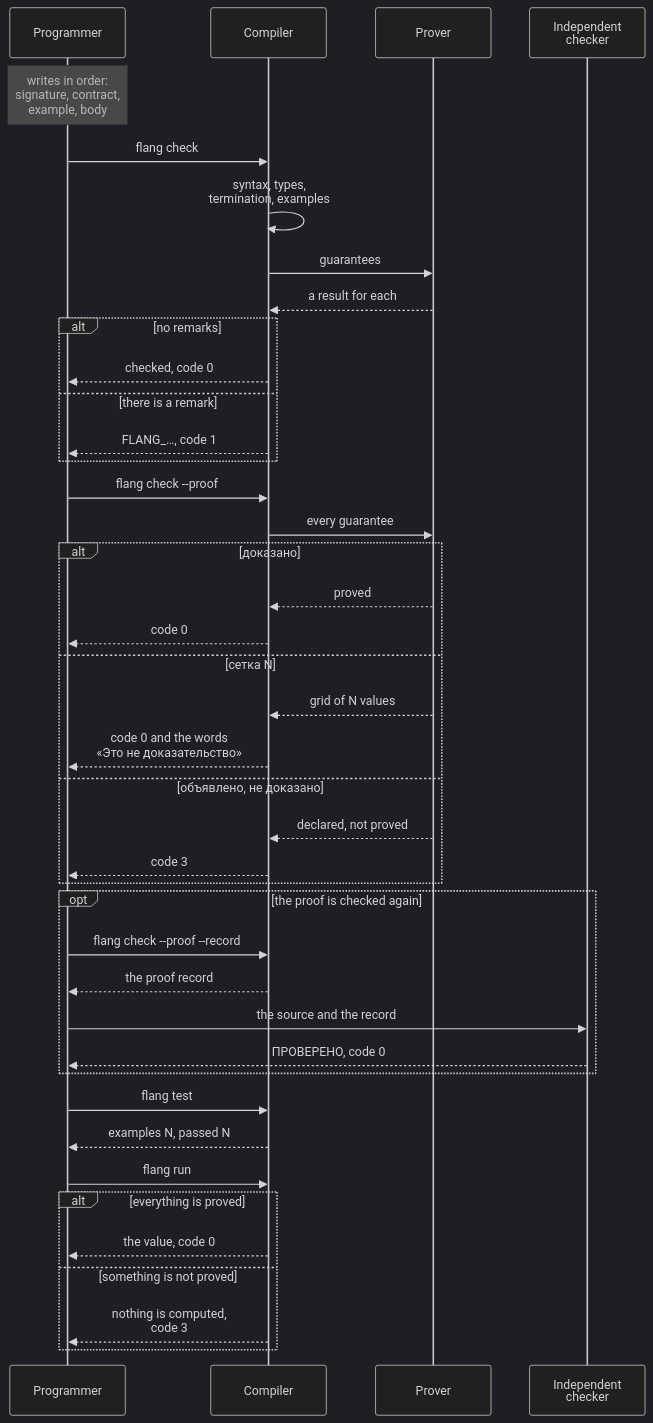
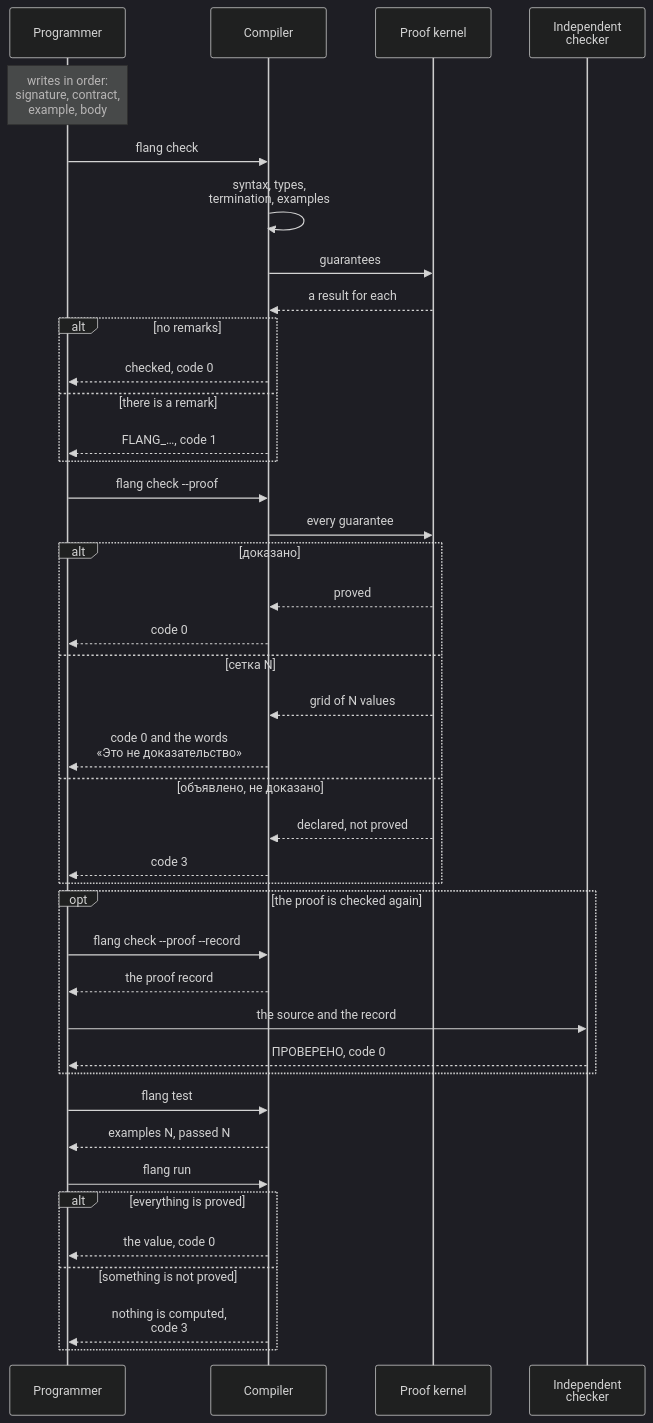
The fourth of 4 diagrams in docs/site/which-construct.md (digitable-lol/flang), drawn with Mermaid (dark theme) before and after one commit. The commit also changed other lines of this file and 1 other file, not shown here.

````diff
--- a/docs/site/which-construct.md
+++ b/docs/site/which-construct.md
@@ -380,43 +380,43 @@
 ```mermaid Work on one function
 sequenceDiagram
   participant П as Programmer
   participant К as Compiler
-  participant Я as Prover
+  participant Я as Proof kernel
   participant Н as Independent<br>checker
   Note over П: writes in order:<br>signature, contract,<br>example, body
   П->>К: flang check
   К->>К: syntax, types,<br>termination, examples
   К->>Я: guarantees
   Я-->>К: a result for each
   alt no remarks
     К-->>П: checked, code 0
   else there is a remark
     К-->>П: FLANG_…, code 1
   end
   П->>К: flang check --proof
   К->>Я: every guarantee
   alt доказано
     Я-->>К: proved
     К-->>П: code 0
   else сетка N
     Я-->>К: grid of N values
     К-->>П: code 0 and the words<br>«Это не доказательство»
   else объявлено, не доказано
     Я-->>К: declared, not proved
     К-->>П: code 3
   end
   opt the proof is checked again
     П->>К: flang check --proof --record
     К-->>П: the proof record
     П->>Н: the source and the record
     Н-->>П: ПРОВЕРЕНО, code 0
   end
   П->>К: flang test
   К-->>П: examples N, passed N
   П->>К: flang run
   alt everything is proved
     К-->>П: the value, code 0
   else something is not proved
     К-->>П: nothing is computed,<br>code 3
   end
 ```
````
